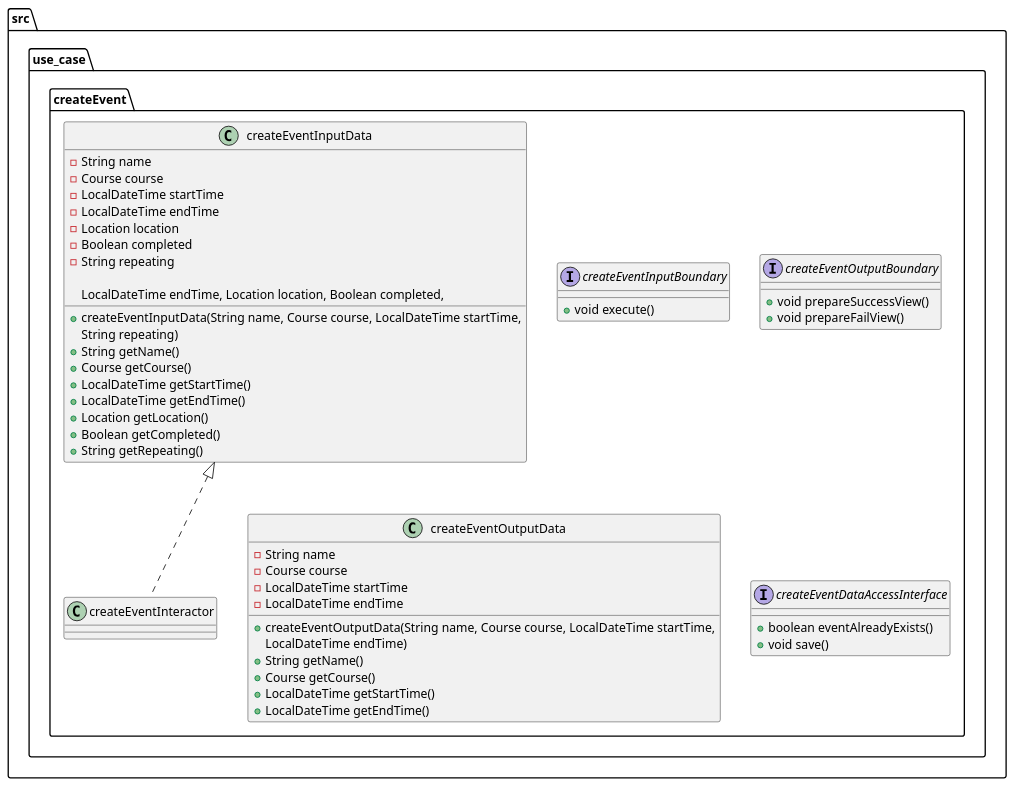
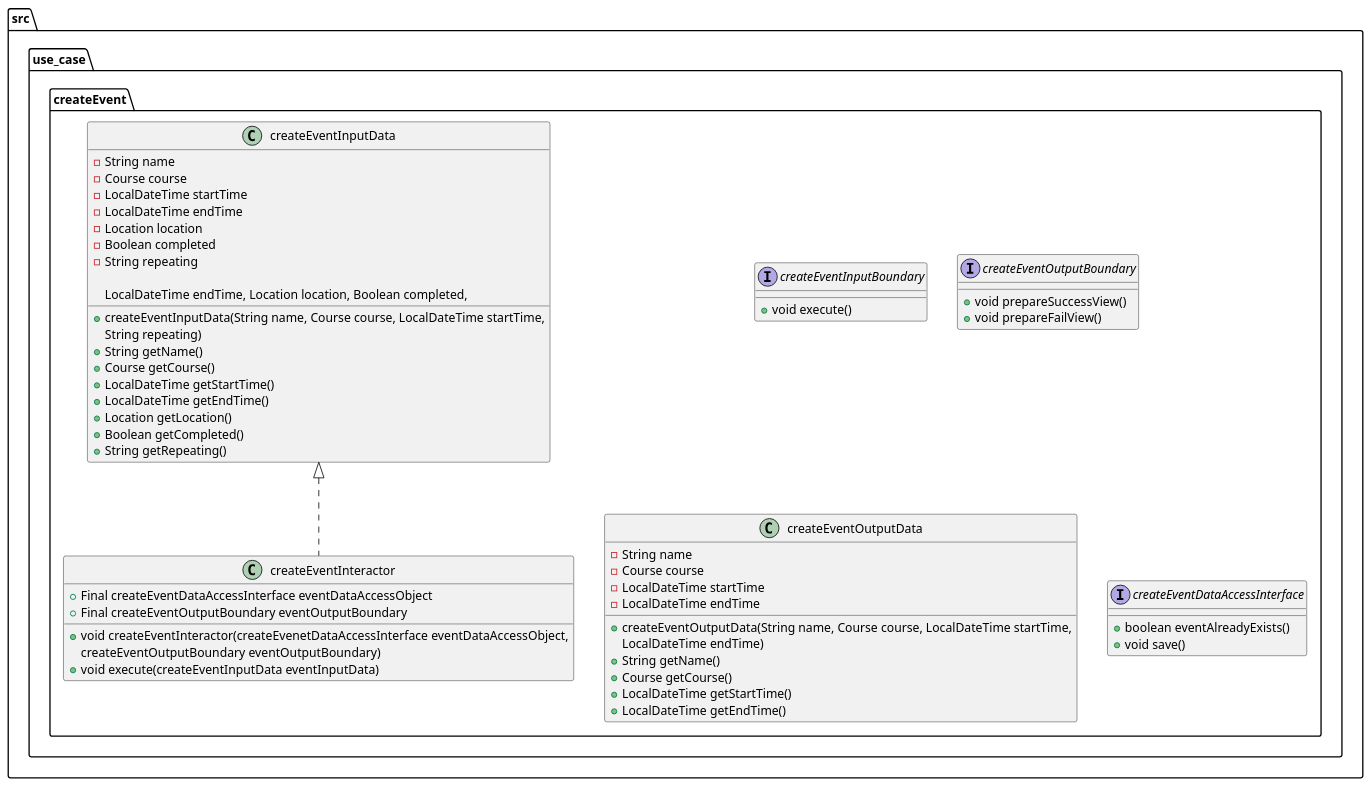
The diagram in useCase.puml (Rafiah-n/AcademiCal), drawn with PlantUML before and after one commit.

Commit message:
added createEventInteractor to uml diagram

```diff
--- a/useCase.puml
+++ b/useCase.puml
@@ -1,56 +1,62 @@
 @startuml
 
 folder src{
     folder use_case{
         folder createEvent{
             interface createEventInputBoundary{
                 +void execute()
             }
             class createEventInputData{
                 - String name
                 - Course course
                 - LocalDateTime startTime
                 - LocalDateTime endTime
                 - Location location
                 - Boolean completed
                 - String repeating
 
                 + createEventInputData(String name, Course course, LocalDateTime startTime,
                                         LocalDateTime endTime, Location location, Boolean completed,
                                         String repeating)
                 + String getName()
                 + Course getCourse()
                 + LocalDateTime getStartTime()
                 + LocalDateTime getEndTime()
                 + Location getLocation()
                 + Boolean getCompleted()
                 + String getRepeating()
             }
             class createEventInteractor implements createEventInputData{
+                + Final createEventDataAccessInterface eventDataAccessObject
+                + Final createEventOutputBoundary eventOutputBoundary
+
+                + void createEventInteractor(createEvenetDataAccessInterface eventDataAccessObject,
+                                             createEventOutputBoundary eventOutputBoundary)
+                + void execute(createEventInputData eventInputData)
 
             }
             interface createEventOutputBoundary{
                 + void prepareSuccessView()
                 + void prepareFailView() /' In case an event already exists, notify the user '/
             }
             class createEventOutputData{
                 - String name
                 - Course course
                 - LocalDateTime startTime
                 - LocalDateTime endTime
 
                 + createEventOutputData(String name, Course course, LocalDateTime startTime,
                                         LocalDateTime endTime)
                 + String getName()
                 + Course getCourse()
                 + LocalDateTime getStartTime()
                 + LocalDateTime getEndTime()
             }
             interface createEventDataAccessInterface{
                 + boolean eventAlreadyExists() /' Check if the event already exists '/
                 + void save() /' Save an event to the calendar '/
             }
         }
     }
 }
 @enduml
```
